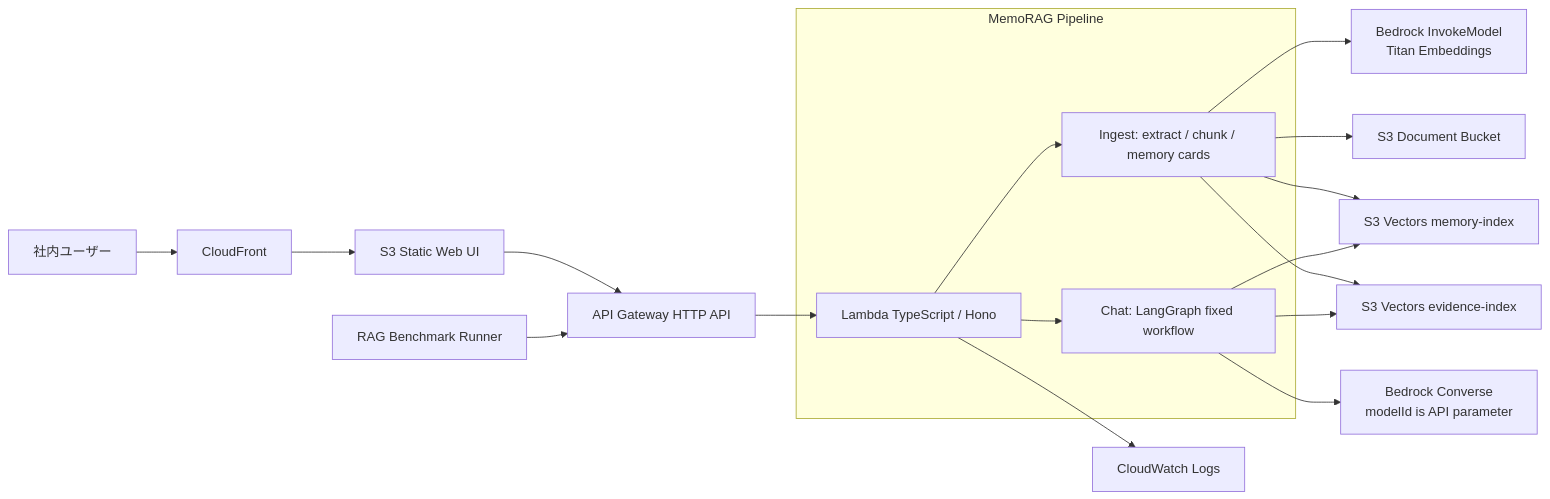
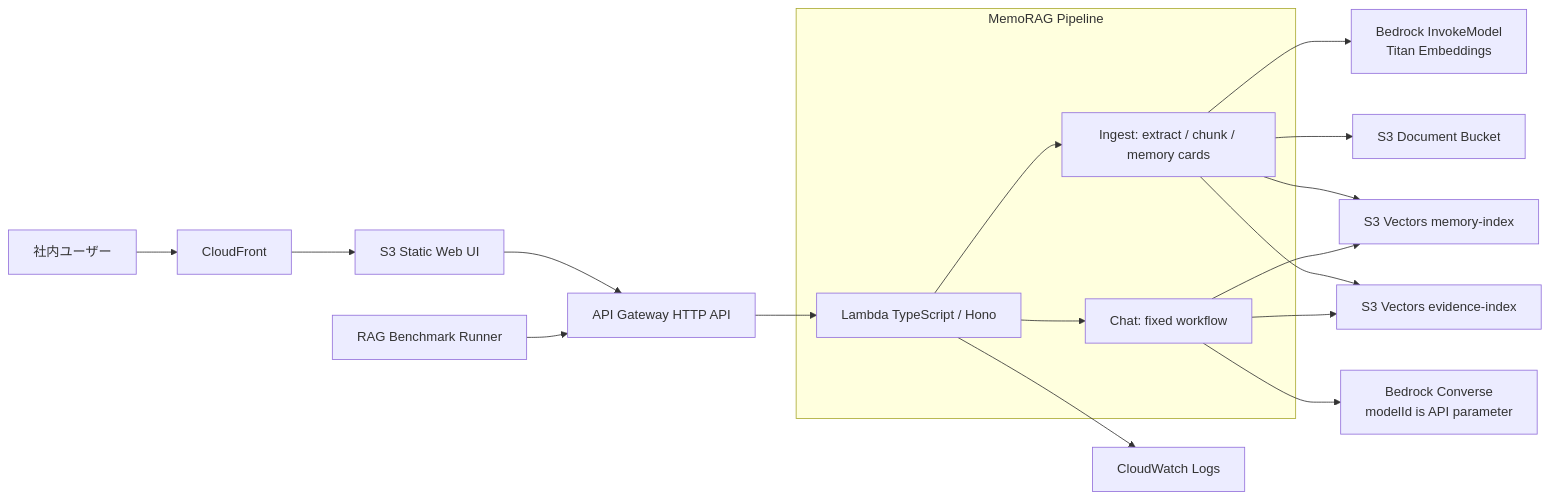
Before and after one commit to tsuji-tomonori/rag-assist: the diagram in memorag-bedrock-mvp/README.md, drawn with Mermaid. The commit also changed other lines of this file and 7 other files, not shown here.

````diff
--- a/memorag-bedrock-mvp/README.md
+++ b/memorag-bedrock-mvp/README.md
@@ -11,22 +11,22 @@
 ```mermaid
 flowchart LR
   User[社内ユーザー] --> CF[CloudFront]
   CF --> WebS3[S3 Static Web UI]
   WebS3 --> ApiGw[API Gateway HTTP API]
   Bench[RAG Benchmark Runner] --> ApiGw
   ApiGw --> Lambda[Lambda TypeScript / Hono]
 
   subgraph MemoRAG[MemoRAG Pipeline]
     Lambda --> Ingest[Ingest: extract / chunk / memory cards]
-    Lambda --> Chat[Chat: LangGraph fixed workflow]
+    Lambda --> Chat[Chat: fixed workflow]
   end
 
   Ingest --> BedrockEmbed[Bedrock InvokeModel\nTitan Embeddings]
   Chat --> BedrockLLM[Bedrock Converse\nmodelId is API parameter]
   Ingest --> DocBucket[S3 Document Bucket]
   Ingest --> MemoryIndex[S3 Vectors memory-index]
   Ingest --> EvidenceIndex[S3 Vectors evidence-index]
   Chat --> MemoryIndex
   Chat --> EvidenceIndex
   Lambda --> Logs[CloudWatch Logs]
 ```
````
